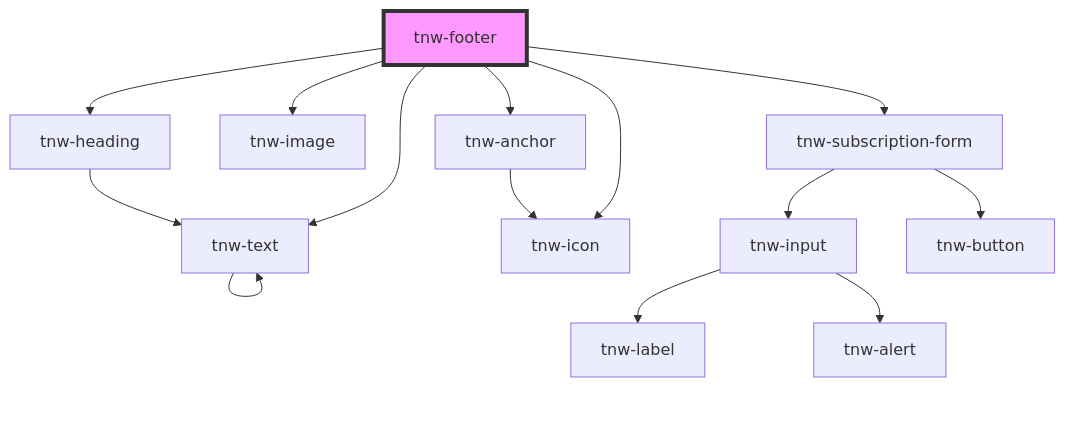
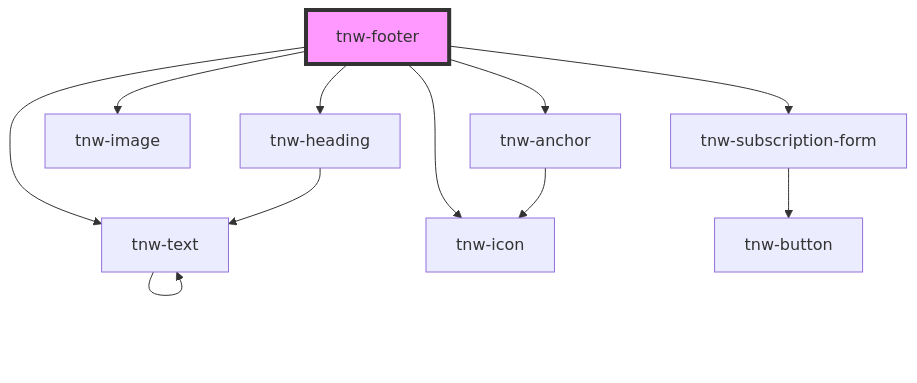
Before and after one commit to technway/technway-component-library: the diagram in packages/stencil-library/src/components/tnw-footer/readme.md, drawn with Mermaid. The commit also changed 17 other files, not shown here.

Commit message:
fix(tnw-subscription-form): styling bugs

````diff
--- a/packages/stencil-library/src/components/tnw-footer/readme.md
+++ b/packages/stencil-library/src/components/tnw-footer/readme.md
@@ -74,17 +74,14 @@
 ```mermaid
 graph TD;
   tnw-footer --> tnw-heading
   tnw-footer --> tnw-image
   tnw-footer --> tnw-text
   tnw-footer --> tnw-anchor
   tnw-footer --> tnw-icon
   tnw-footer --> tnw-subscription-form
   tnw-heading --> tnw-text
   tnw-text --> tnw-text
   tnw-anchor --> tnw-icon
-  tnw-subscription-form --> tnw-input
   tnw-subscription-form --> tnw-button
-  tnw-input --> tnw-label
-  tnw-input --> tnw-alert
   style tnw-footer fill:#f9f,stroke:#333,stroke-width:4px
 ```
````
